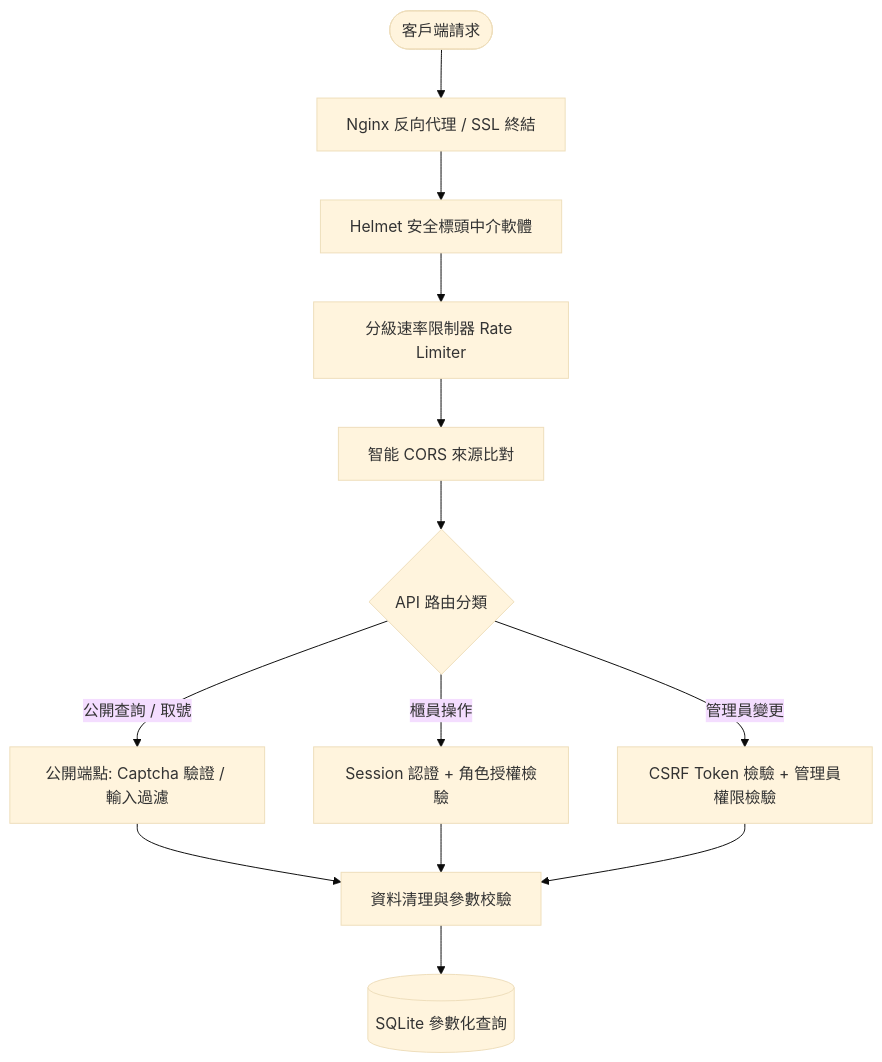
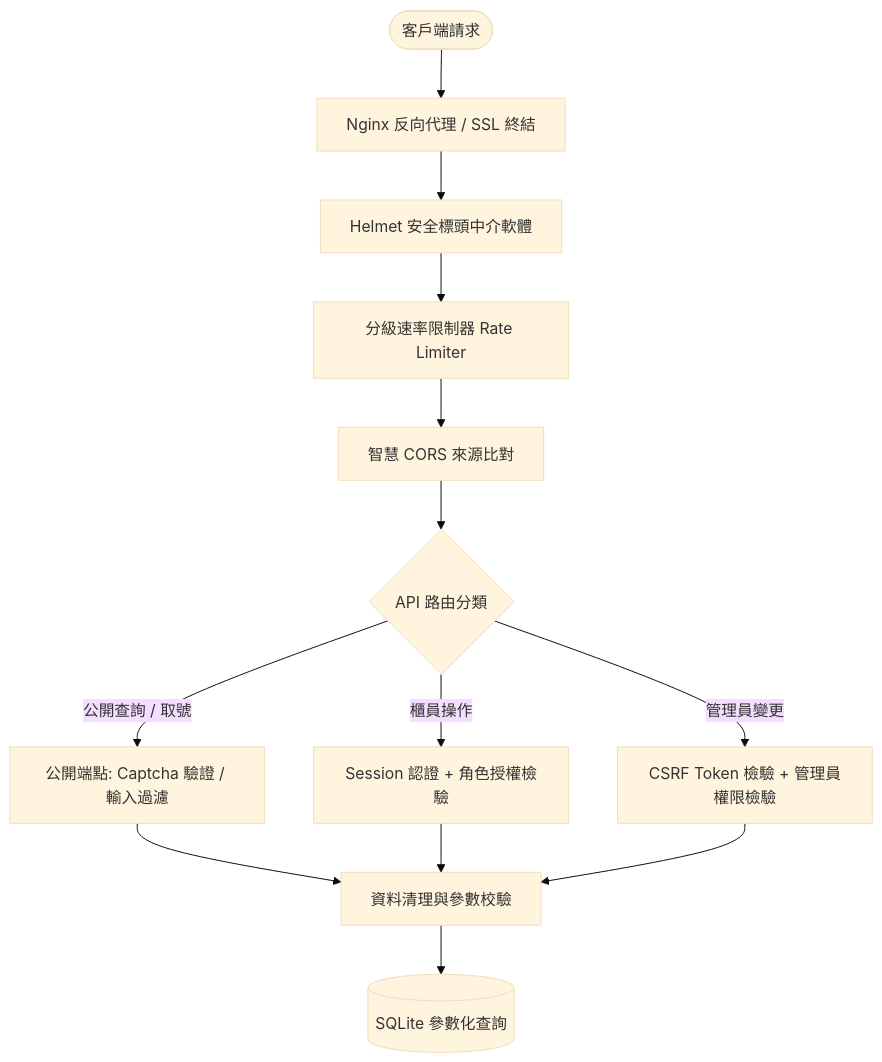
Before and after one commit to Scorpio-meow/CallMiao: the diagram in SECURITY-UPDATE.md, drawn with Mermaid (base theme). The commit also changed other lines of this file and 6 other files, not shown here.

````diff
--- a/SECURITY-UPDATE.md
+++ b/SECURITY-UPDATE.md
@@ -47,19 +46,19 @@
 ```mermaid
 flowchart TD
     Client([客戶端請求]) --> ReverseProxy[Nginx 反向代理 / SSL 終結]
     ReverseProxy --> Helmet[Helmet 安全標頭中介軟體]
     Helmet --> RateLimiter[分級速率限制器 Rate Limiter]
-    RateLimiter --> CORS[智能 CORS 來源比對]
+    RateLimiter --> CORS[智慧 CORS 來源比對]
     
     CORS --> Router{API 路由分類}
     
     Router -->|公開查詢 / 取號| PublicAPI[公開端點: Captcha 驗證 / 輸入過濾]
     Router -->|櫃員操作| AgentAPI[Session 認證 + 角色授權檢驗]
     Router -->|管理員變更| AdminAPI[CSRF Token 檢驗 + 管理員權限檢驗]
     
     PublicAPI --> Sanitizer[資料清理與參數校驗]
     AgentAPI --> Sanitizer
     AdminAPI --> Sanitizer
     
     Sanitizer --> DB[(SQLite 參數化查詢)]
 ```
````
